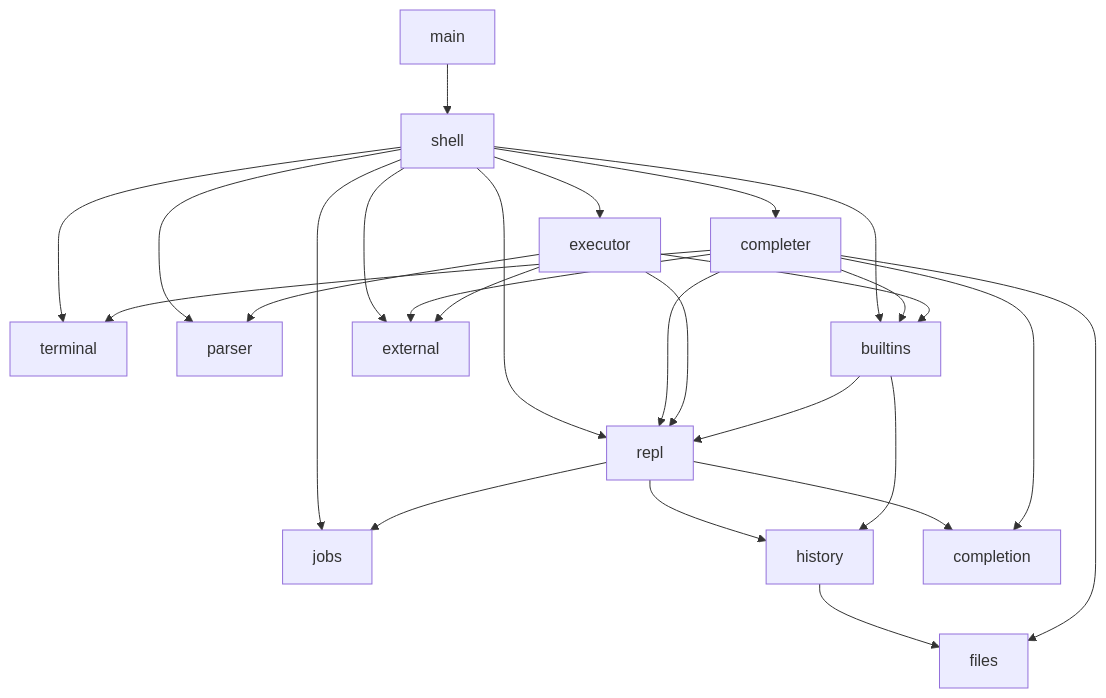
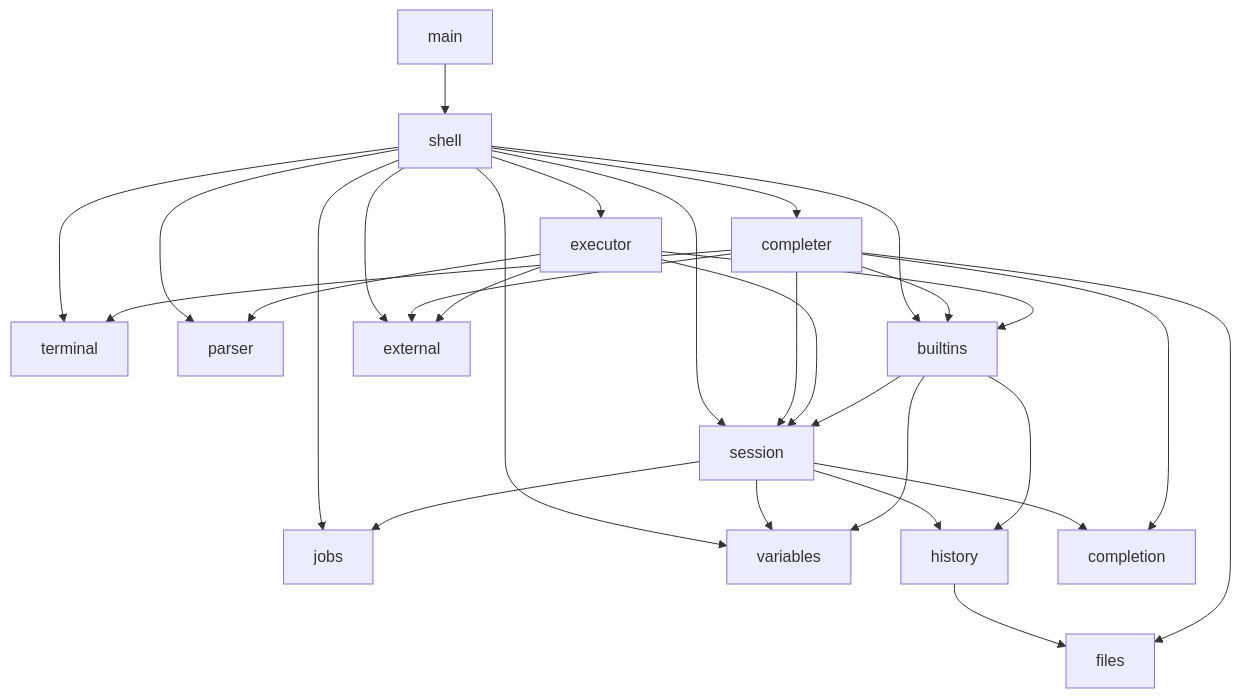
One commit to EmperorOwl/codecrafters-shell-go changed the first of 4 diagrams in docs/architecture.md. Above: the diagram before and after it, drawn with Mermaid. The commit also changed other lines of this file and 11 other files, not shown here.

First line of the commit message:
refactor(session): rename repl package and update architecture docs

````diff
--- a/docs/architecture.md
+++ b/docs/architecture.md
@@ -24,34 +29,37 @@
 ```mermaid
 flowchart TB
     main --> shell
 
     shell --> terminal
     shell --> executor
     shell --> parser
     shell --> completer
-    shell --> repl
+    shell --> session
     shell --> builtins
     shell --> external
     shell --> jobs
+    shell --> variables
 
-    repl --> history
-    repl --> jobs
-    repl --> completion
+    session --> history
+    session --> jobs
+    session --> completion
+    session --> variables
 
     history --> files
 
     completer --> builtins
     completer --> completion
     completer --> external
     completer --> files
-    completer --> repl
+    completer --> session
     completer --> terminal
 
     executor --> builtins
     executor --> parser
     executor --> external
-    executor --> repl
+    executor --> session
 
     builtins --> history
-    builtins --> repl
+    builtins --> session
+    builtins --> variables
 ```
````
